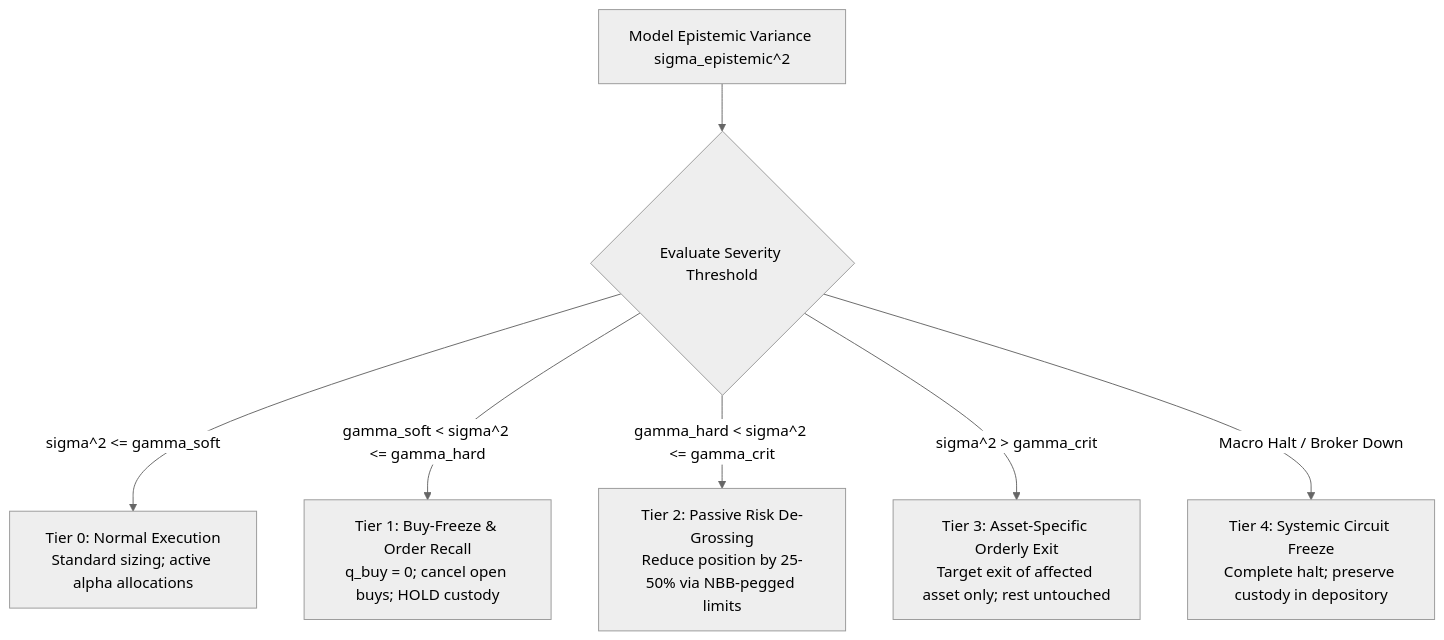
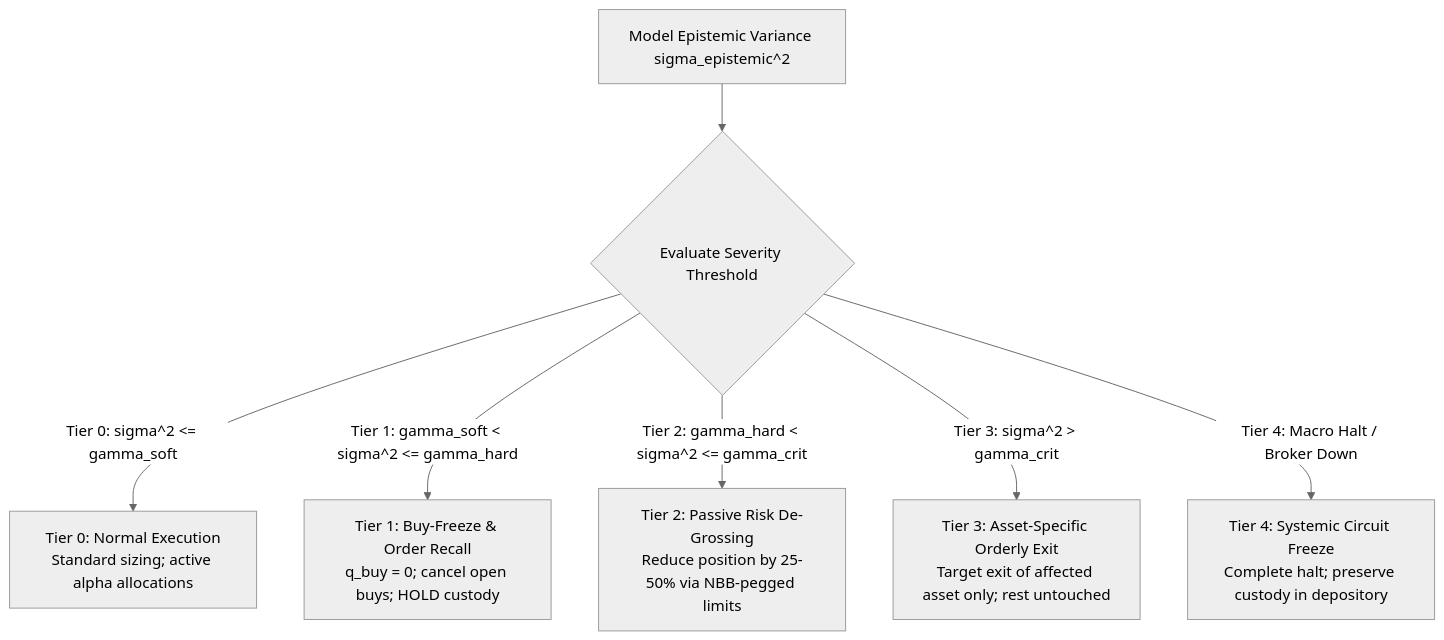
Before and after one commit to 2k25it2514261-cloud/alphaniti: the second of 4 diagrams in README.md, drawn with Mermaid (neutral theme). The commit also changed other lines of this file, not shown here.

````diff
--- a/README.md
+++ b/README.md
@@ -280,9 +288,9 @@
 ```mermaid
-graph TD
+flowchart TD
     Uncertainty["Model Epistemic Variance sigma_epistemic^2"] --> Check{"Evaluate Severity Threshold"}
-    Check -->|sigma^2 <= gamma_soft| T0["Tier 0: Normal Execution<br>Standard sizing; active alpha allocations"]
-    Check -->|gamma_soft < sigma^2 <= gamma_hard| T1["Tier 1: Buy-Freeze & Order Recall<br>q_buy = 0; cancel open buys; HOLD custody"]
-    Check -->|gamma_hard < sigma^2 <= gamma_crit| T2["Tier 2: Passive Risk De-Grossing<br>Reduce position by 25-50% via NBB-pegged limits"]
-    Check -->|sigma^2 > gamma_crit| T3["Tier 3: Asset-Specific Orderly Exit<br>Target exit of affected asset only; rest untouched"]
-    Check -->|Macro Halt / Broker Down| T4["Tier 4: Systemic Circuit Freeze<br>Complete halt; preserve custody in depository"]
+    Check -->|"Tier 0: sigma^2 <= gamma_soft"| T0["Tier 0: Normal Execution<br/>Standard sizing; active alpha allocations"]
+    Check -->|"Tier 1: gamma_soft < sigma^2 <= gamma_hard"| T1["Tier 1: Buy-Freeze & Order Recall<br/>q_buy = 0; cancel open buys; HOLD custody"]
+    Check -->|"Tier 2: gamma_hard < sigma^2 <= gamma_crit"| T2["Tier 2: Passive Risk De-Grossing<br/>Reduce position by 25-50% via NBB-pegged limits"]
+    Check -->|"Tier 3: sigma^2 > gamma_crit"| T3["Tier 3: Asset-Specific Orderly Exit<br/>Target exit of affected asset only; rest untouched"]
+    Check -->|"Tier 4: Macro Halt / Broker Down"| T4["Tier 4: Systemic Circuit Freeze<br/>Complete halt; preserve custody in depository"]
 ```
````
